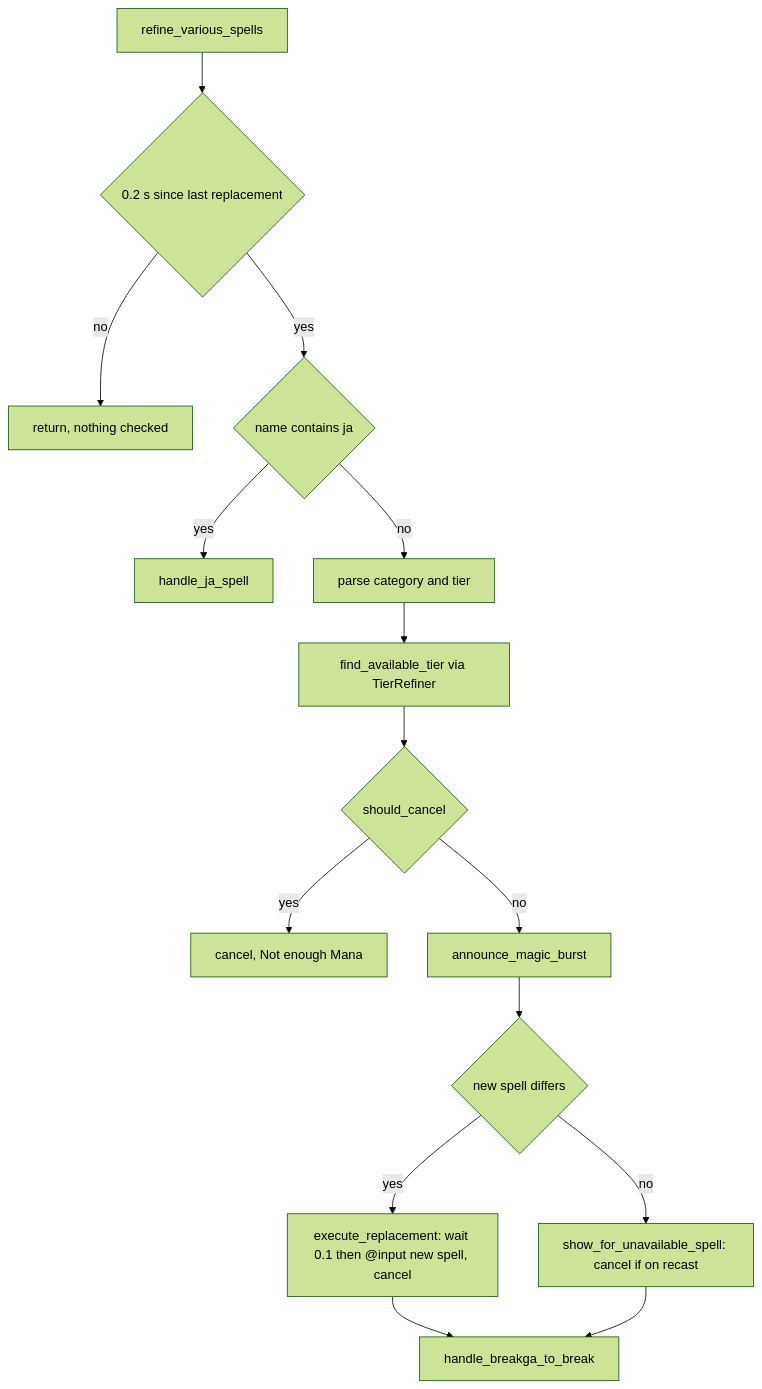
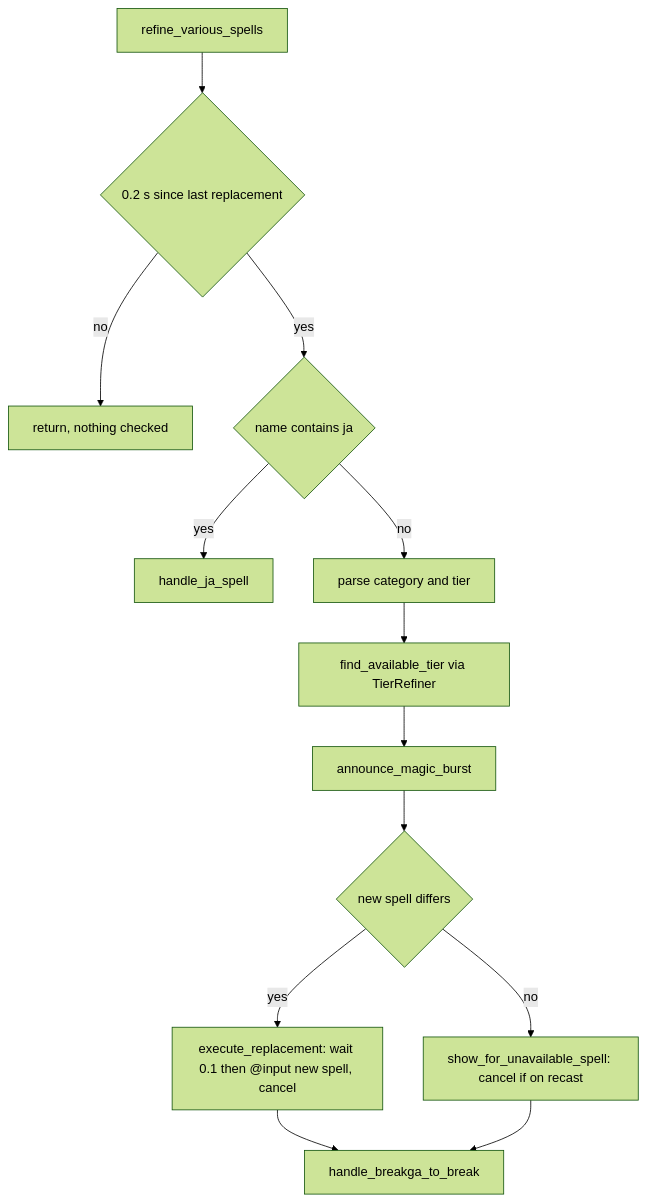
The third of 4 diagrams in docs/dev/jobs/blm.md (ejouanchicot/Gearswap), drawn with Mermaid (forest theme) before and after one commit. The commit also changed other lines of this file and 50 other files, not shown here.

````diff
--- a/docs/dev/jobs/blm.md
+++ b/docs/dev/jobs/blm.md
@@ -191,17 +191,15 @@
 ```mermaid
 flowchart TD
     A[refine_various_spells] --> B{0.2 s since last replacement}
     B -- no --> X[return, nothing checked]
     B -- yes --> C{name contains ja}
     C -- yes --> J[handle_ja_spell]
     C -- no --> D[parse category and tier]
     D --> E[find_available_tier via TierRefiner]
-    E --> F{should_cancel}
-    F -- yes --> FX[cancel, Not enough Mana]
-    F -- no --> G[announce_magic_burst]
+    E --> G[announce_magic_burst]
     G --> H{new spell differs}
     H -- yes --> I[execute_replacement: wait 0.1 then @input new spell, cancel]
     H -- no --> K[show_for_unavailable_spell: cancel if on recast]
     I --> L[handle_breakga_to_break]
     K --> L
 ```
````
